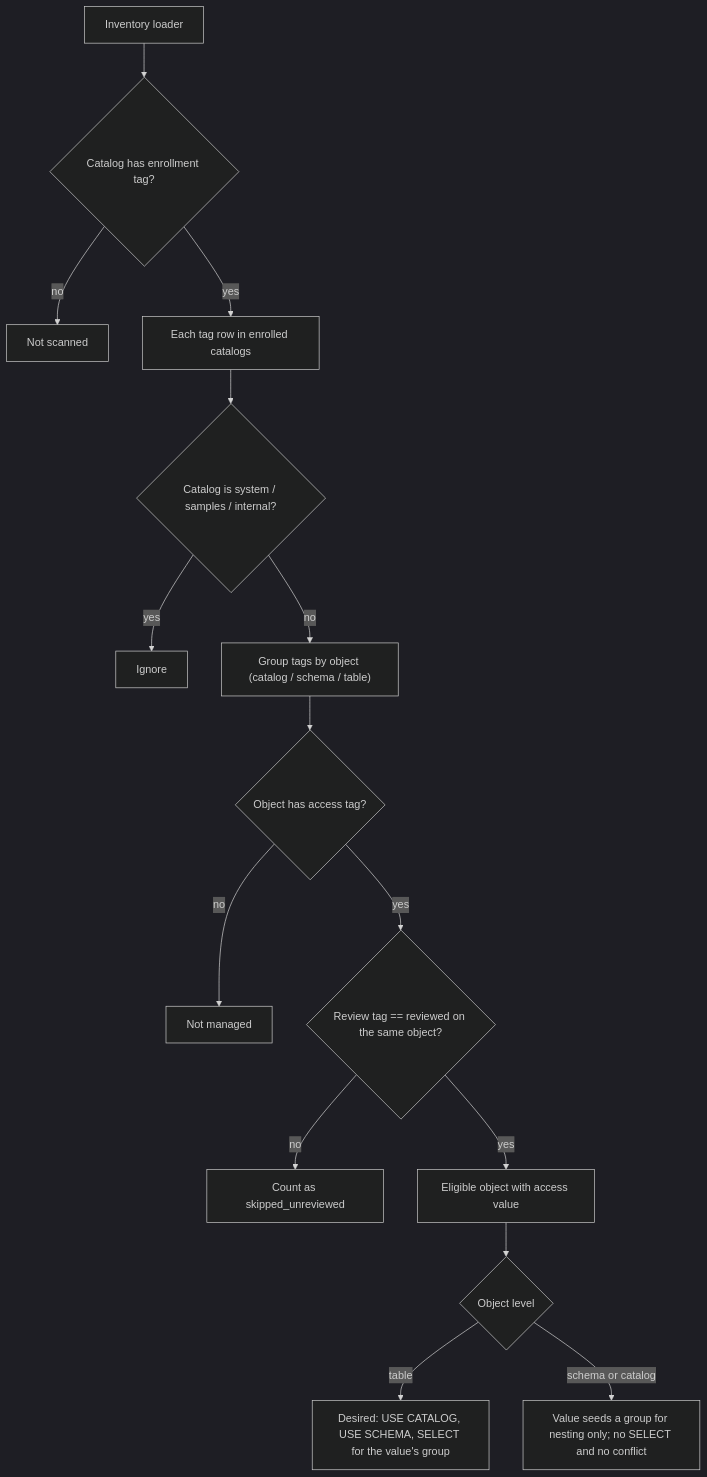
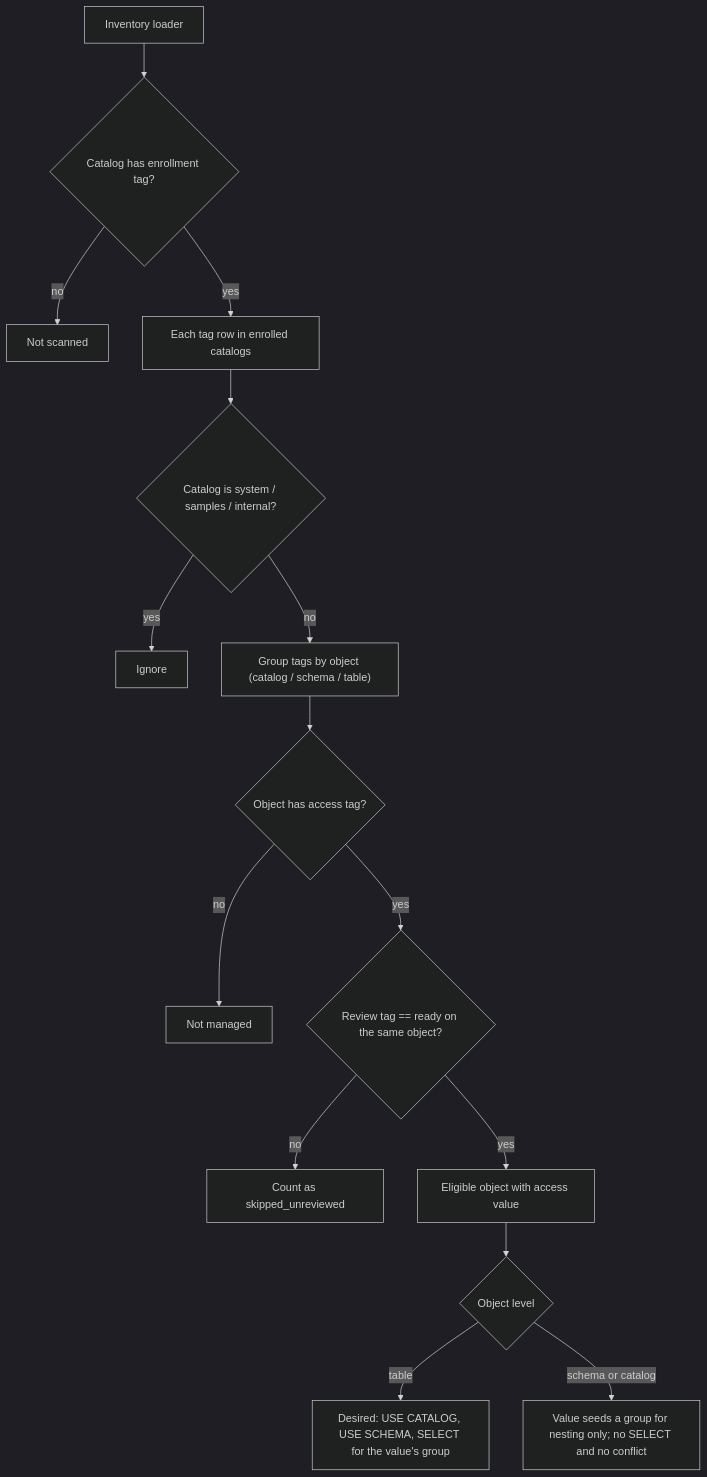
The third of 8 diagrams in docs/grants-sync.md (dgalluzzo26/databricks-governance-app), drawn with Mermaid (dark theme) before and after one commit. The commit also changed other lines of this file and 113 other files, not shown here.

````diff
--- a/docs/grants-sync.md
+++ b/docs/grants-sync.md
@@ -147,17 +147,17 @@
 ```mermaid
 flowchart TD
   inv["Inventory loader"] --> enroll{"Catalog has enrollment tag?"}
   enroll -->|no| skip0["Not scanned"]
   enroll -->|yes| row["Each tag row in enrolled catalogs"]
   row --> sys{"Catalog is system / samples / internal?"}
   sys -->|yes| skip1["Ignore"]
   sys -->|no| obj["Group tags by object (catalog / schema / table)"]
   obj --> hasAccess{"Object has access tag?"}
   hasAccess -->|no| skip3["Not managed"]
-  hasAccess -->|yes| reviewed{"Review tag == reviewed on the same object?"}
+  hasAccess -->|yes| reviewed{"Review tag == ready on the same object?"}
   reviewed -->|no| unreviewed["Count as skipped_unreviewed"]
   reviewed -->|yes| eligible["Eligible object with access value"]
   eligible --> level{"Object level"}
   level -->|table| tableGrants["Desired: USE CATALOG, USE SCHEMA, SELECT for the value's group"]
   level -->|schema or catalog| nestOnly["Value seeds a group for nesting only; no SELECT and no conflict"]
 ```
````
